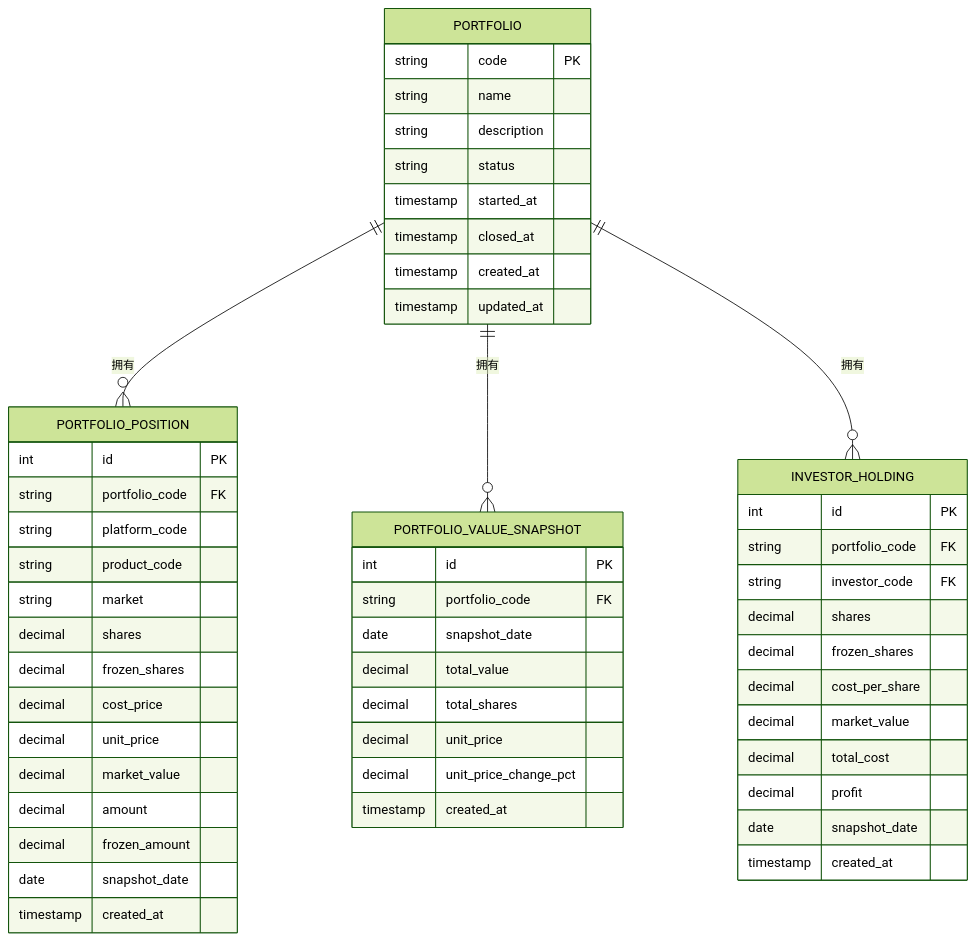
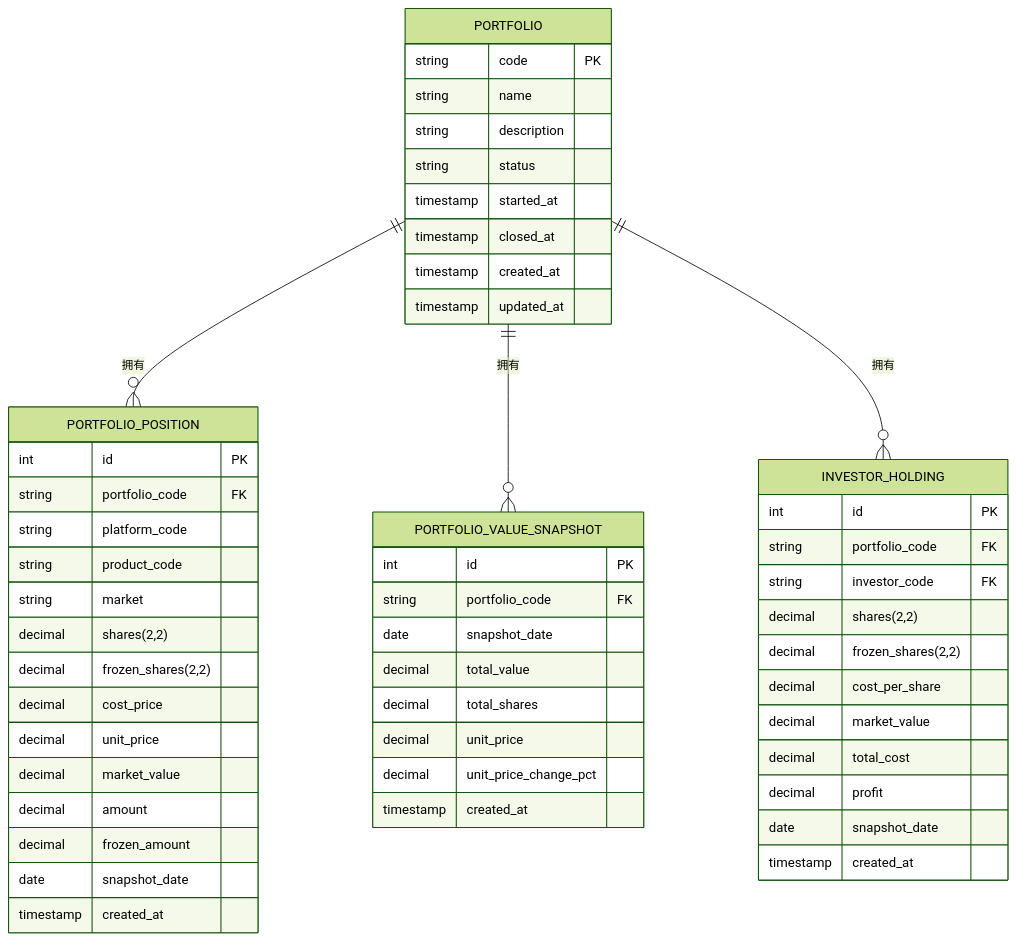
The fourth of 9 diagrams in .qoder/repowiki/zh/content/核心业务功能/投资组合管理.md (gujialind/InvestRing), drawn with Mermaid (forest theme) before and after one commit. The commit also changed other lines of this file and 19 other files, not shown here.

````diff
--- a/.qoder/repowiki/zh/content/核心业务功能/投资组合管理.md
+++ b/.qoder/repowiki/zh/content/核心业务功能/投资组合管理.md
@@ -163,55 +165,55 @@
 ```mermaid
 erDiagram
 PORTFOLIO {
 string code PK
 string name
 string description
 string status
 timestamp started_at
 timestamp closed_at
 timestamp created_at
 timestamp updated_at
 }
 PORTFOLIO_POSITION {
 int id PK
 string portfolio_code FK
 string platform_code
 string product_code
 string market
-decimal shares
-decimal frozen_shares
+decimal shares(2,2)
+decimal frozen_shares(2,2)
 decimal cost_price
 decimal unit_price
 decimal market_value
 decimal amount
 decimal frozen_amount
 date snapshot_date
 timestamp created_at
 }
 PORTFOLIO_VALUE_SNAPSHOT {
 int id PK
 string portfolio_code FK
 date snapshot_date
 decimal total_value
 decimal total_shares
 decimal unit_price
 decimal unit_price_change_pct
 timestamp created_at
 }
 INVESTOR_HOLDING {
 int id PK
 string portfolio_code FK
 string investor_code FK
-decimal shares
-decimal frozen_shares
+decimal shares(2,2)
+decimal frozen_shares(2,2)
 decimal cost_per_share
 decimal market_value
 decimal total_cost
 decimal profit
 date snapshot_date
 timestamp created_at
 }
 PORTFOLIO ||--o{ PORTFOLIO_POSITION : "拥有"
 PORTFOLIO ||--o{ PORTFOLIO_VALUE_SNAPSHOT : "拥有"
 PORTFOLIO ||--o{ INVESTOR_HOLDING : "拥有"
 ```
````
